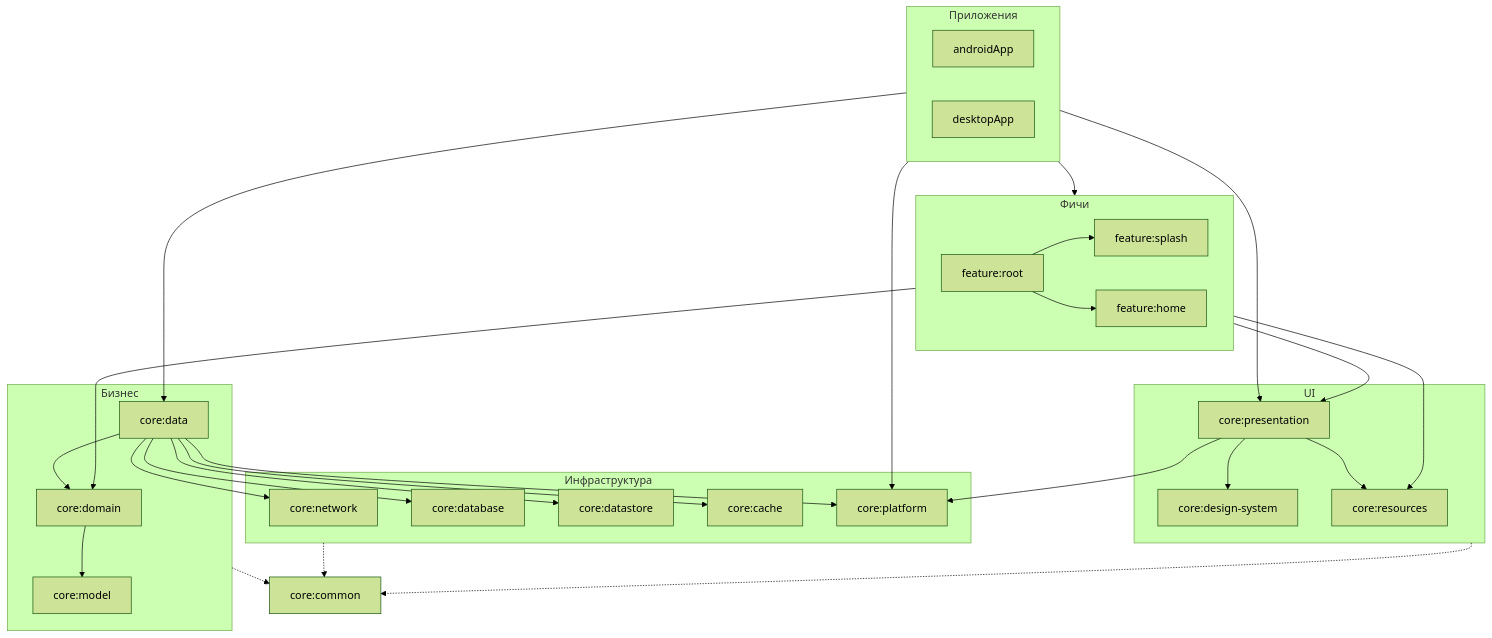
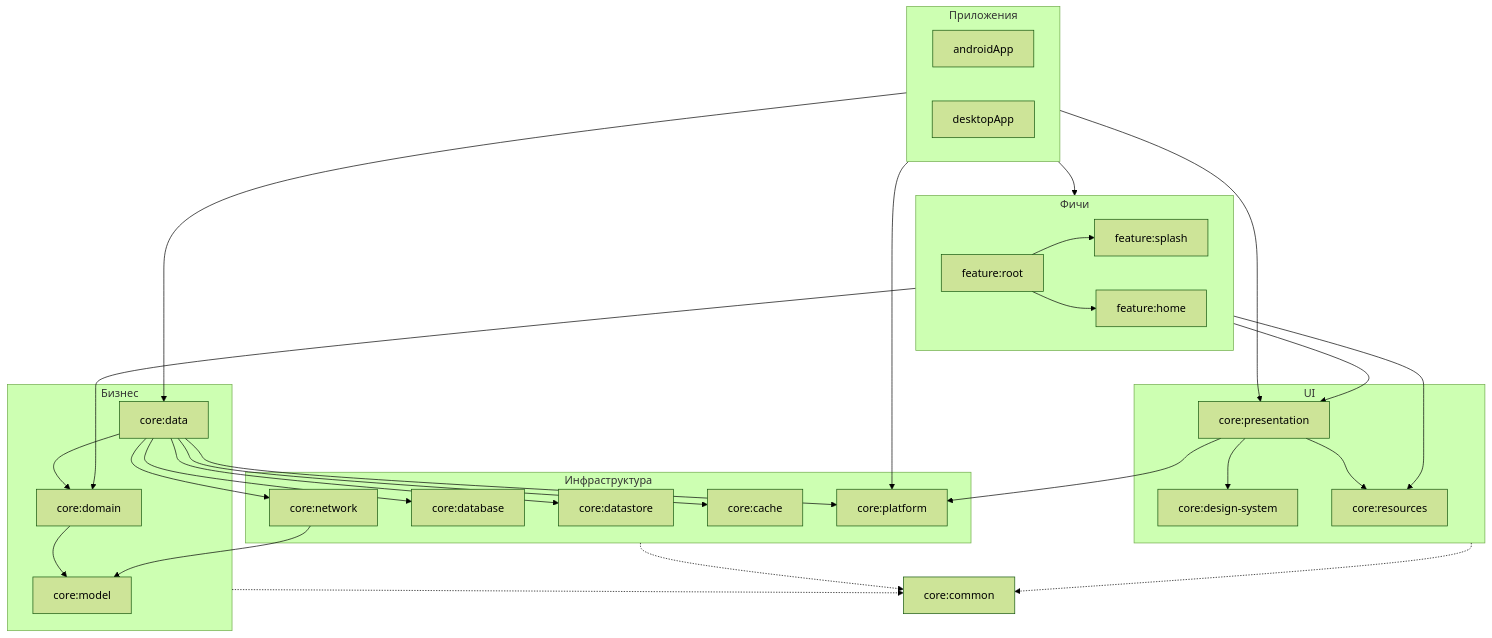
One commit to KimoTeru/Wallify changed the diagram in docs/architecture/overview.md. Above: the diagram before and after it, drawn with Mermaid (forest theme). The commit also changed other lines of this file and 71 other files, not shown here.

````diff
--- a/docs/architecture/overview.md
+++ b/docs/architecture/overview.md
@@ -31,58 +31,59 @@
 ```mermaid
 flowchart TB
     subgraph apps["Приложения"]
         androidApp
         desktopApp
     end
 
     subgraph features["Фичи"]
         root["feature:root"]
         splash["feature:splash"]
         home["feature:home"]
     end
 
     subgraph ui["UI"]
         presentation["core:presentation"]
         designSystem["core:design-system"]
         resources["core:resources"]
     end
 
     subgraph business["Бизнес"]
         domain["core:domain"]
         data["core:data"]
         model["core:model"]
     end
 
     subgraph infra["Инфраструктура"]
         network["core:network"]
         database["core:database"]
         datastore["core:datastore"]
         cache["core:cache"]
         platform["core:platform"]
     end
 
     common["core:common"]
 
     apps --> features
     apps --> data
     apps --> platform
     apps --> presentation
     root --> splash
     root --> home
     features --> presentation
     features --> domain
     presentation --> designSystem
     presentation --> resources
     features --> resources
     presentation --> platform
     domain --> model
     data --> domain
     data --> network
+    network --> model
     data --> database
     data --> datastore
     data --> cache
     data --> platform
     infra -.-> common
     business -.-> common
     ui -.-> common
 ```
````
